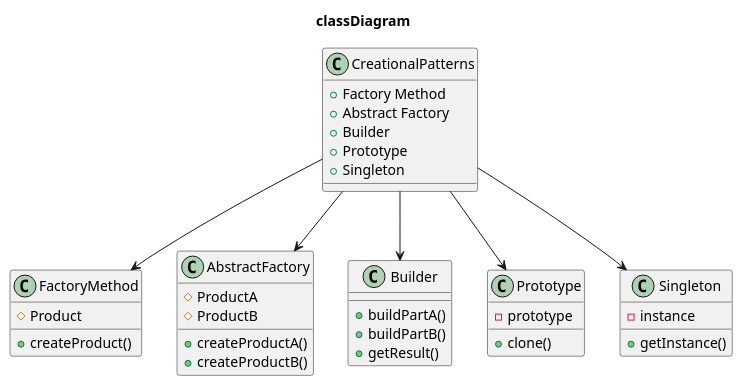
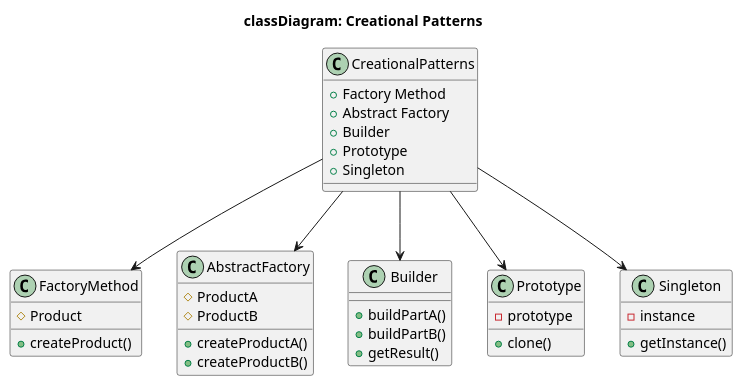
The diagram in src/patterns/creational/creational_patterns.puml (ginko-ai/prompt-design), drawn with PlantUML before and after one commit.

Commit message:
complete daily workflow

```diff
--- a/src/patterns/creational/creational_patterns.puml
+++ b/src/patterns/creational/creational_patterns.puml
@@ -1,44 +1,44 @@
 @startuml
-title classDiagram
+title classDiagram: Creational Patterns
     class CreationalPatterns{
         +Factory Method
         +Abstract Factory
         +Builder
         +Prototype
         +Singleton
     }
 
     class FactoryMethod{
         +createProduct()
         #Product
     }
 
     class AbstractFactory{
         +createProductA()
         +createProductB()
         #ProductA
         #ProductB
     }
 
     class Builder{
         +buildPartA()
         +buildPartB()
         +getResult()
     }
 
     class Prototype{
         +clone()
         -prototype
     }
 
     class Singleton{
         -instance
         +getInstance()
     }
 
     CreationalPatterns --> FactoryMethod
     CreationalPatterns --> AbstractFactory
     CreationalPatterns --> Builder
     CreationalPatterns --> Prototype
     CreationalPatterns --> Singleton
 @enduml
```
